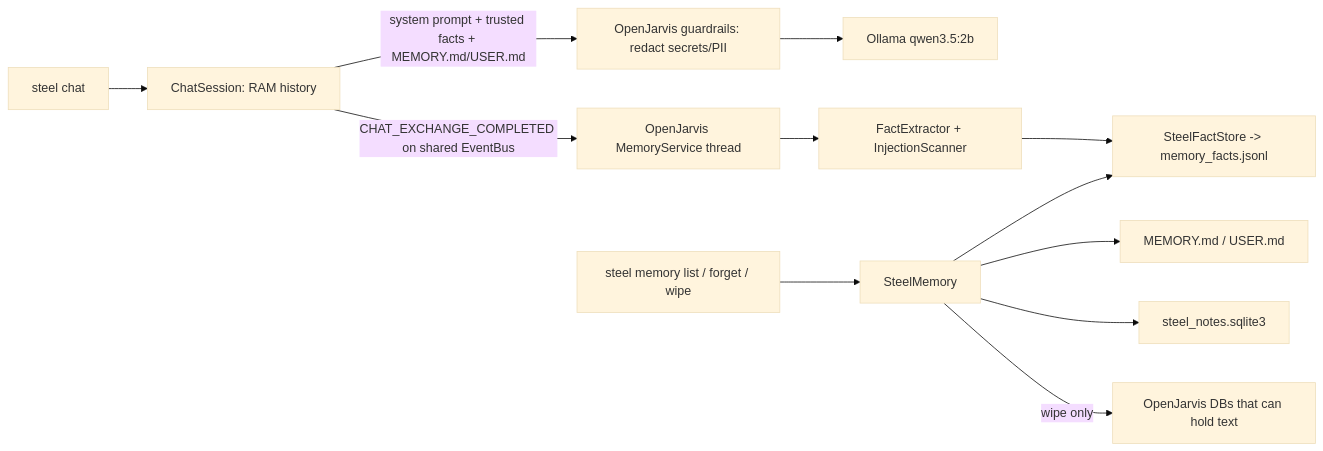
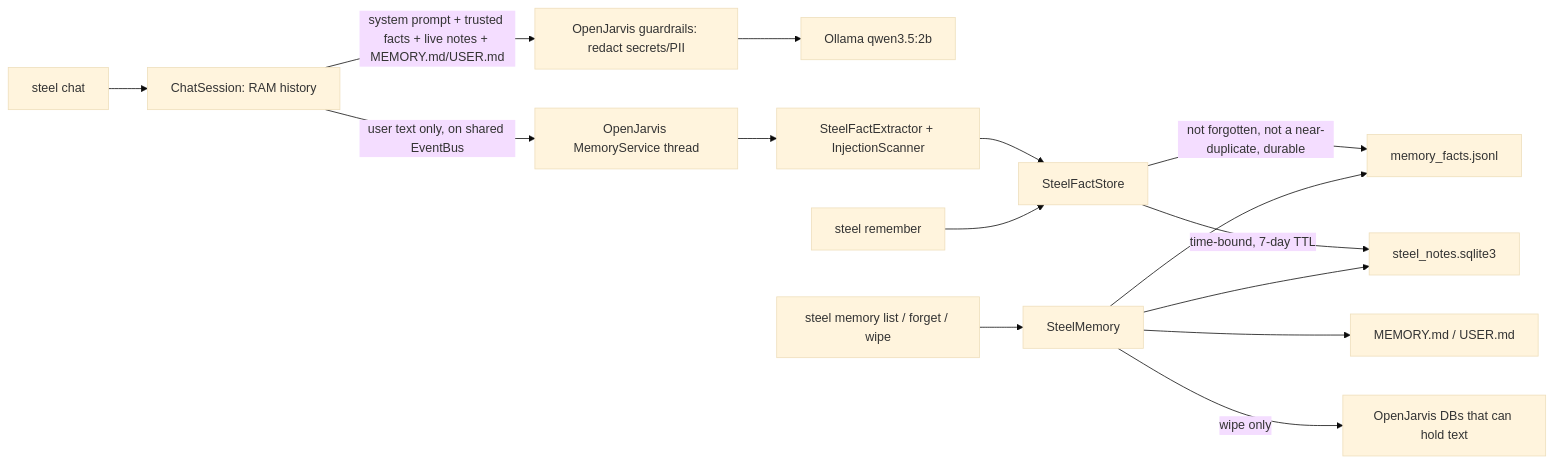
One commit to DKAA04/Steel changed the diagram in ARCHITECTURE.md. Above: the diagram before and after it, drawn with Mermaid (base theme). The commit also changed other lines of this file and 4 other files, not shown here.

First line of the commit message:
Update README, SECURITY and ARCHITECTURE for Phase 1b memory behaviour

````diff
--- a/ARCHITECTURE.md
+++ b/ARCHITECTURE.md
@@ -5,14 +5,17 @@
 ```mermaid
 flowchart LR
     U[steel chat] --> S[ChatSession: RAM history]
-    S -->|system prompt + trusted facts + MEMORY.md/USER.md| G[OpenJarvis guardrails: redact secrets/PII]
+    S -->|system prompt + trusted facts + live notes + MEMORY.md/USER.md| G[OpenJarvis guardrails: redact secrets/PII]
     G --> O[Ollama qwen3.5:2b]
-    S -->|CHAT_EXCHANGE_COMPLETED on shared EventBus| M[OpenJarvis MemoryService thread]
-    M --> X[FactExtractor + InjectionScanner]
-    X --> F[SteelFactStore -> memory_facts.jsonl]
+    S -->|user text only, on shared EventBus| M[OpenJarvis MemoryService thread]
+    M --> X[SteelFactExtractor + InjectionScanner]
+    X --> F[SteelFactStore]
+    F -->|not forgotten, not a near-duplicate, durable| J[memory_facts.jsonl]
+    F -->|time-bound, 7-day TTL| N[steel_notes.sqlite3]
+    R[steel remember] --> F
     C[steel memory list / forget / wipe] --> SM[SteelMemory]
-    SM --> F
+    SM --> J
+    SM --> N
     SM --> MD[MEMORY.md / USER.md]
-    SM --> N[steel_notes.sqlite3]
     SM -->|wipe only| DB[OpenJarvis DBs that can hold text]
 ```
````
